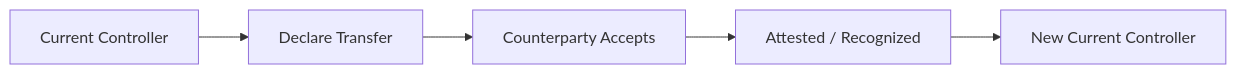
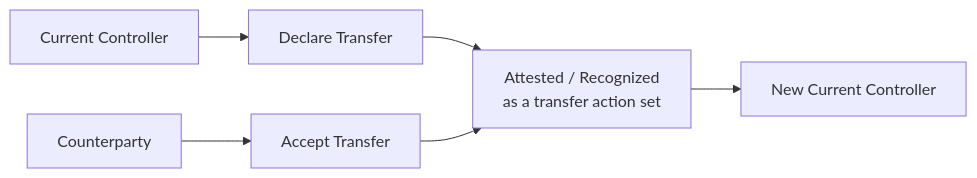
Before and after one commit to trbouma/openetr: the third of 7 diagrams in docs/specs/CANONICAL_ETR_TRANSACTION_INFOGRAPHIC.md, drawn with Mermaid. The commit also changed other lines of this file, not shown here.

````diff
--- a/docs/specs/CANONICAL_ETR_TRANSACTION_INFOGRAPHIC.md
+++ b/docs/specs/CANONICAL_ETR_TRANSACTION_INFOGRAPHIC.md
@@ -41,7 +41,8 @@
 ```mermaid
 flowchart LR
     A["Current Controller"] --> B["Declare Transfer"]
-    B --> C["Counterparty Accepts"]
-    C --> D["Attested / Recognized"]
-    D --> E["New Current Controller"]
+    C["Counterparty"] --> D["Accept Transfer"]
+    B --> E["Attested / Recognized<br>as a transfer action set"]
+    D --> E
+    E --> F["New Current Controller"]
 ```
````
